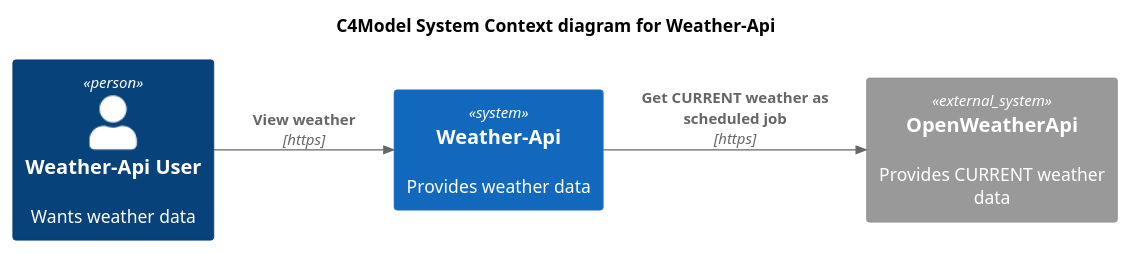
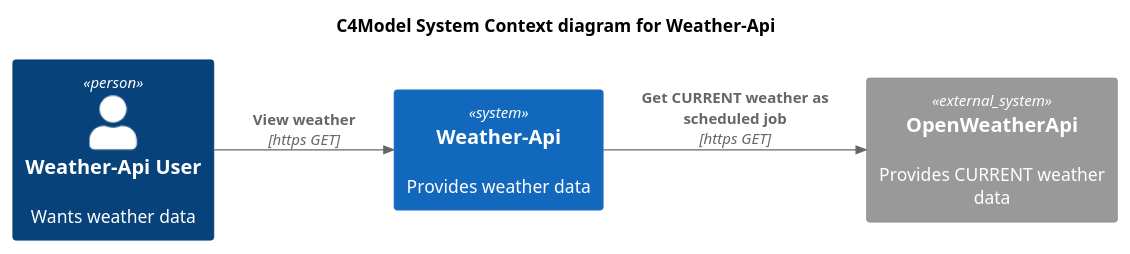
The diagram in docs/c4model/context.puml (OskarWestmeijer/weather), drawn with PlantUML before and after one commit. The commit also changed 3 other files, not shown here.

```diff
--- a/docs/c4model/context.puml
+++ b/docs/c4model/context.puml
@@ -1,15 +1,15 @@
 @startuml
 !include https://raw.githubusercontent.com/plantuml-stdlib/C4-PlantUML/master/C4_Context.puml
 
 LAYOUT_LANDSCAPE()
 
 title C4Model System Context diagram for Weather-Api
 
 Person(user, "Weather-Api User", "Wants weather data")
 
 System(weatherApi, "Weather-Api", "Provides weather data")
 System_Ext(openWeatherApi, "OpenWeatherApi", "Provides CURRENT weather data")
 
-Rel(user, weatherApi, "View weather", "https")
-Rel(weatherApi, openWeatherApi, "Get CURRENT weather as scheduled job", "https")
+Rel(user, weatherApi, "View weather", "https GET")
+Rel(weatherApi, openWeatherApi, "Get CURRENT weather as scheduled job", "https GET")
 @enduml
```
